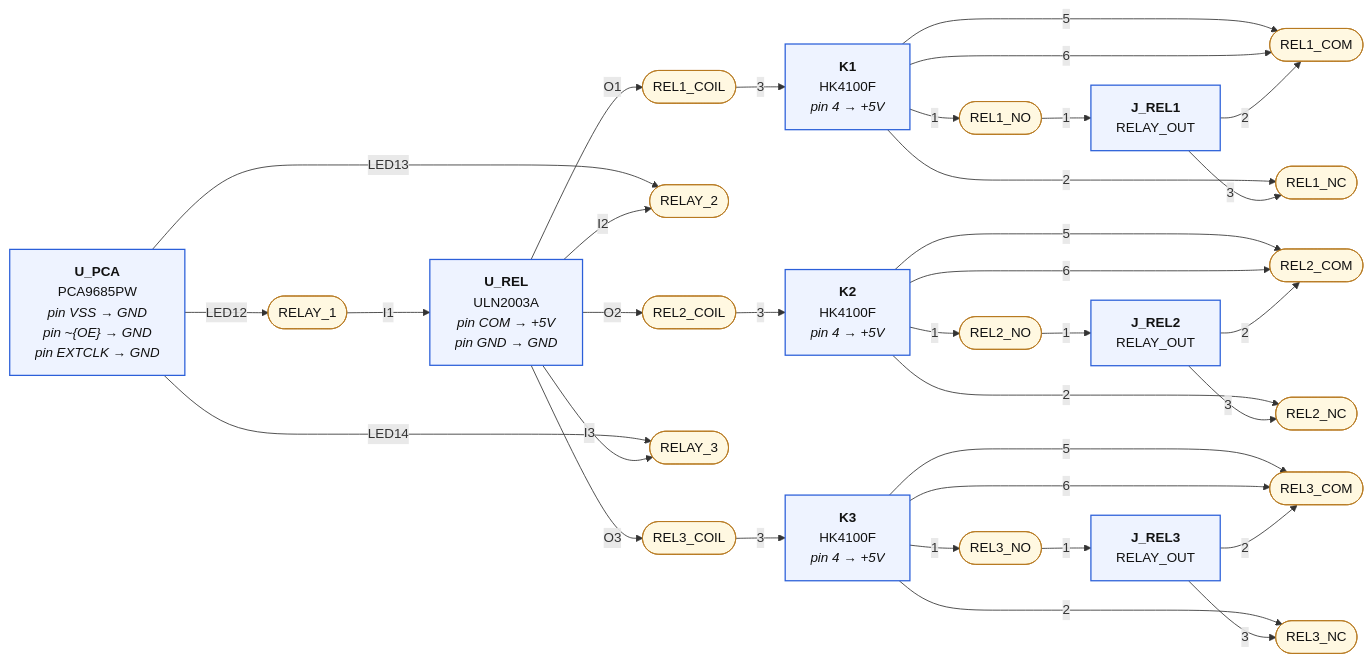
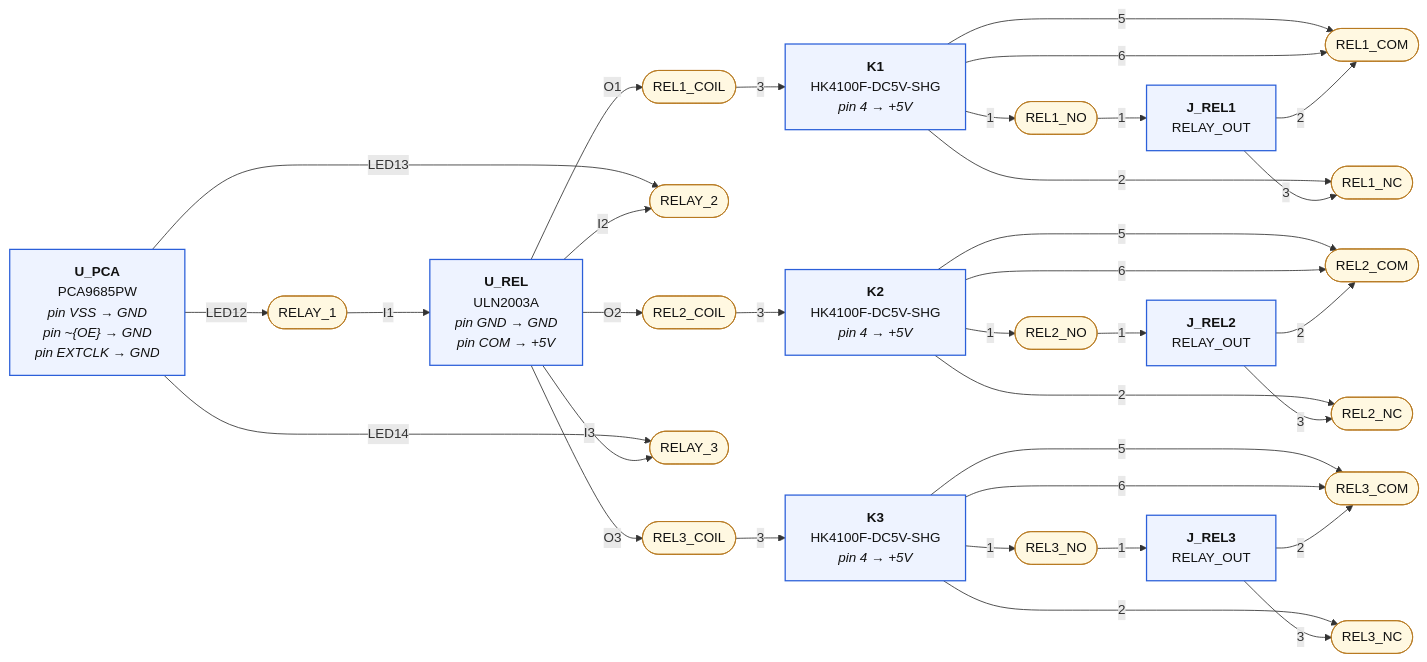
The second of 4 diagrams in hardware/pro/sheets/03-outputs.diagram.md (mrwillson2u/propmesh), drawn with Mermaid before and after one commit. The commit also changed other lines of this file and 25 other files, not shown here.

````diff
--- a/hardware/pro/sheets/03-outputs.diagram.md
+++ b/hardware/pro/sheets/03-outputs.diagram.md
@@ -76,66 +76,66 @@
 ```mermaid
 graph LR
   classDef part fill:#eef3ff,stroke:#2b5fd9,stroke-width:1.5px,color:#111
   classDef net fill:#fff8e1,stroke:#b7791f,color:#111
   classDef rail fill:#ffe0b2,stroke:#e65100,stroke-width:3px,color:#111,font-weight:bold
   classDef badnet fill:#ffe0e0,stroke:#c00,stroke-width:3px,color:#111,font-weight:bold
   classDef absent fill:#fff,stroke:#c00,stroke-width:2px,stroke-dasharray:6 4,color:#c00
   classDef extra fill:#ffecec,stroke:#c00,stroke-width:2px,color:#111
   classDef dnp fill:#f5f5f5,stroke:#999,stroke-dasharray:3 3,color:#666
   N_RELAY_1(["RELAY_1"]):::net
   P_U_PCA["<b>U_PCA</b><br/>PCA9685PW<br/><i>pin VSS → GND</i><br/><i>pin ~{OE} → GND</i><br/><i>pin EXTCLK → GND</i>"]:::part
   P_U_PCA --"LED12"--> N_RELAY_1
-  P_U_REL["<b>U_REL</b><br/>ULN2003A<br/><i>pin COM → +5V</i><br/><i>pin GND → GND</i>"]:::part
+  P_U_REL["<b>U_REL</b><br/>ULN2003A<br/><i>pin GND → GND</i><br/><i>pin COM → +5V</i>"]:::part
   N_RELAY_1 --"I1"--> P_U_REL
   N_REL1_COIL(["REL1_COIL"]):::net
   P_U_REL --"O1"--> N_REL1_COIL
-  P_K1["<b>K1</b><br/>HK4100F<br/><i>pin 4 → +5V</i>"]:::part
+  P_K1["<b>K1</b><br/>HK4100F-DC5V-SHG<br/><i>pin 4 → +5V</i>"]:::part
   N_REL1_COIL --"3"--> P_K1
   N_REL1_NO(["REL1_NO"]):::net
   P_K1 --"1"--> N_REL1_NO
   P_J_REL1["<b>J_REL1</b><br/>RELAY_OUT"]:::part
   N_REL1_NO --"1"--> P_J_REL1
   N_REL1_COM(["REL1_COM"]):::net
   P_K1 --"5"--> N_REL1_COM
   P_K1 --"6"--> N_REL1_COM
   P_J_REL1 --"2"--> N_REL1_COM
   N_REL1_NC(["REL1_NC"]):::net
   P_K1 --"2"--> N_REL1_NC
   P_J_REL1 --"3"--> N_REL1_NC
   N_RELAY_2(["RELAY_2"]):::net
   P_U_PCA --"LED13"--> N_RELAY_2
   P_U_REL --"I2"--> N_RELAY_2
   N_REL2_COIL(["REL2_COIL"]):::net
   P_U_REL --"O2"--> N_REL2_COIL
-  P_K2["<b>K2</b><br/>HK4100F<br/><i>pin 4 → +5V</i>"]:::part
+  P_K2["<b>K2</b><br/>HK4100F-DC5V-SHG<br/><i>pin 4 → +5V</i>"]:::part
   N_REL2_COIL --"3"--> P_K2
   N_REL2_NO(["REL2_NO"]):::net
   P_K2 --"1"--> N_REL2_NO
   P_J_REL2["<b>J_REL2</b><br/>RELAY_OUT"]:::part
   N_REL2_NO --"1"--> P_J_REL2
   N_REL2_COM(["REL2_COM"]):::net
   P_K2 --"5"--> N_REL2_COM
   P_K2 --"6"--> N_REL2_COM
   P_J_REL2 --"2"--> N_REL2_COM
   N_REL2_NC(["REL2_NC"]):::net
   P_K2 --"2"--> N_REL2_NC
   P_J_REL2 --"3"--> N_REL2_NC
   N_RELAY_3(["RELAY_3"]):::net
   P_U_PCA --"LED14"--> N_RELAY_3
   P_U_REL --"I3"--> N_RELAY_3
   N_REL3_COIL(["REL3_COIL"]):::net
   P_U_REL --"O3"--> N_REL3_COIL
-  P_K3["<b>K3</b><br/>HK4100F<br/><i>pin 4 → +5V</i>"]:::part
+  P_K3["<b>K3</b><br/>HK4100F-DC5V-SHG<br/><i>pin 4 → +5V</i>"]:::part
   N_REL3_COIL --"3"--> P_K3
   N_REL3_NO(["REL3_NO"]):::net
   P_K3 --"1"--> N_REL3_NO
   P_J_REL3["<b>J_REL3</b><br/>RELAY_OUT"]:::part
   N_REL3_NO --"1"--> P_J_REL3
   N_REL3_COM(["REL3_COM"]):::net
   P_K3 --"5"--> N_REL3_COM
   P_K3 --"6"--> N_REL3_COM
   P_J_REL3 --"2"--> N_REL3_COM
   N_REL3_NC(["REL3_NC"]):::net
   P_K3 --"2"--> N_REL3_NC
   P_J_REL3 --"3"--> N_REL3_NC
 ```
````
